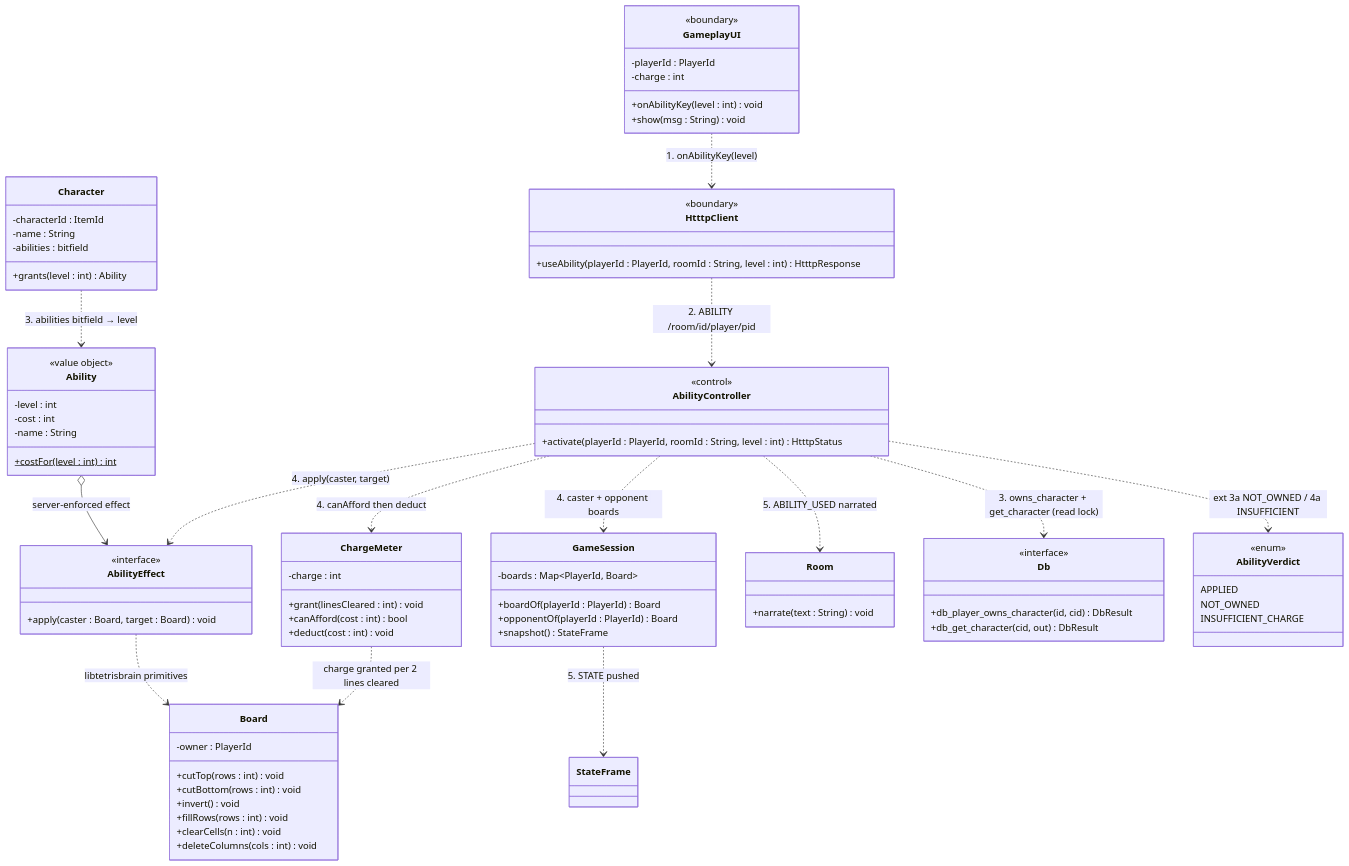
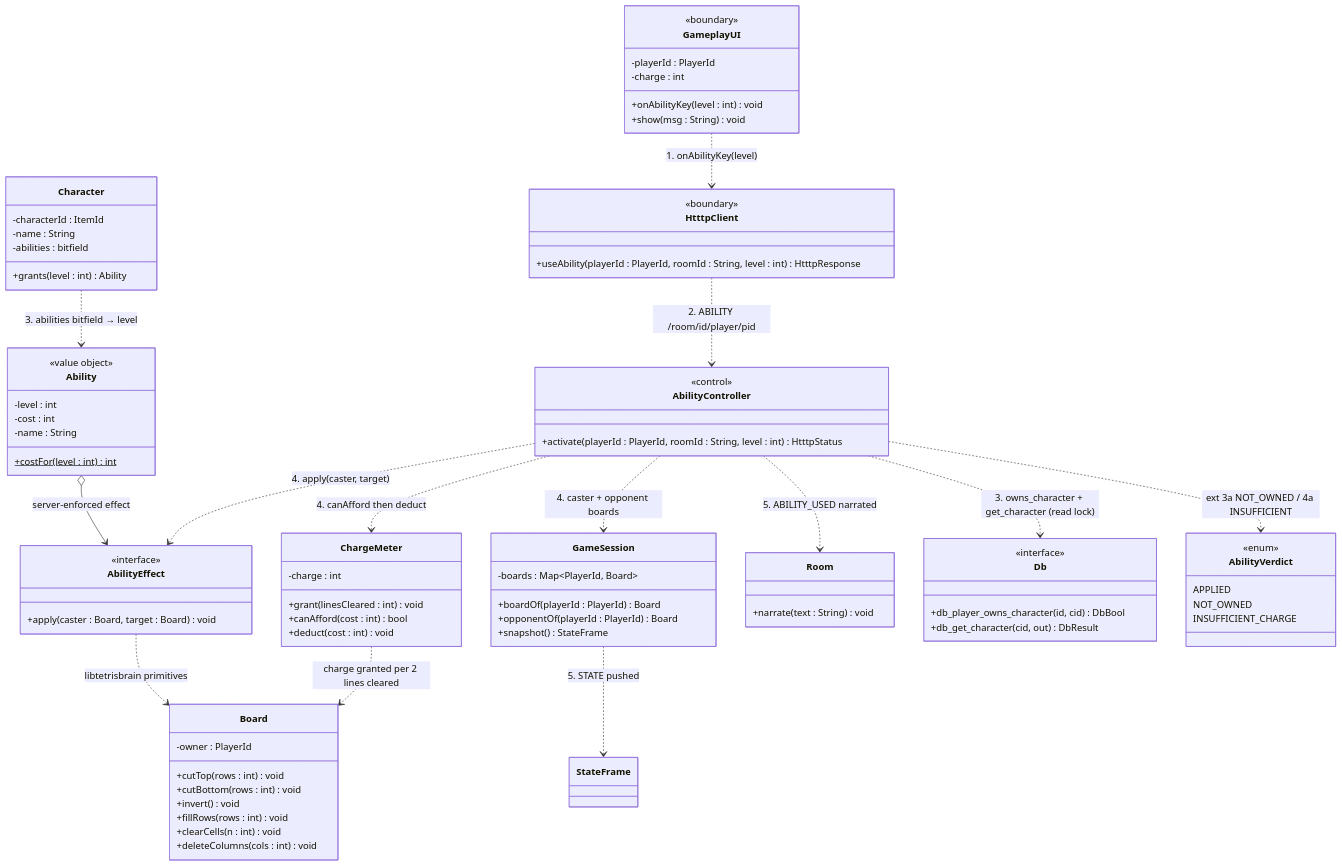
The fifth of 12 diagrams in docs/diagrams/class_and_sequence_diagrams/cd_sd_uc10-uc14.md (ziqiqiiii/tetriSH), drawn with Mermaid before and after one commit. The commit also changed other lines of this file and 9 other files, not shown here.

Commit message:
fix: update ownership probe documentation and diagrams to reflect new t_db_bool type

```diff
--- a/docs/diagrams/class_and_sequence_diagrams/cd_sd_uc10-uc14.md
+++ b/docs/diagrams/class_and_sequence_diagrams/cd_sd_uc10-uc14.md
@@ -407,7 +407,7 @@
     }
     class Db {
         <<interface>>
-        +db_player_owns_character(id, cid) DbResult
+        +db_player_owns_character(id, cid) DbBool
         +db_get_character(cid, out) DbResult
     }
     class AbilityVerdict {
```
